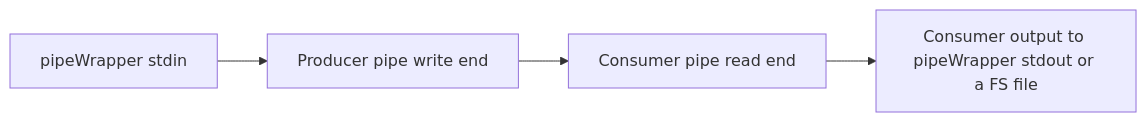
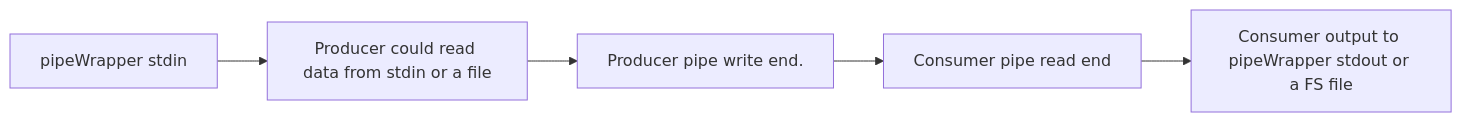
The first of 2 diagrams in README.md (Siarhei-Yarkavy/pipeWrapper), drawn with Mermaid before and after one commit.

````diff
--- a/README.md
+++ b/README.md
@@ -38,5 +38,6 @@
 ```mermaid
 flowchart LR
-A[pipeWrapper stdin] --> B[Producer pipe write end]
---> C[Consumer pipe read end] --> D[Consumer output to pipeWrapper stdout or a FS file]
+A[pipeWrapper stdin] --> B["Producer could read data from stdin or a file"]
+--> C["Producer pipe write end."]
+--> D[Consumer pipe read end] --> E[Consumer output to pipeWrapper stdout or a FS file]
 ```
````
